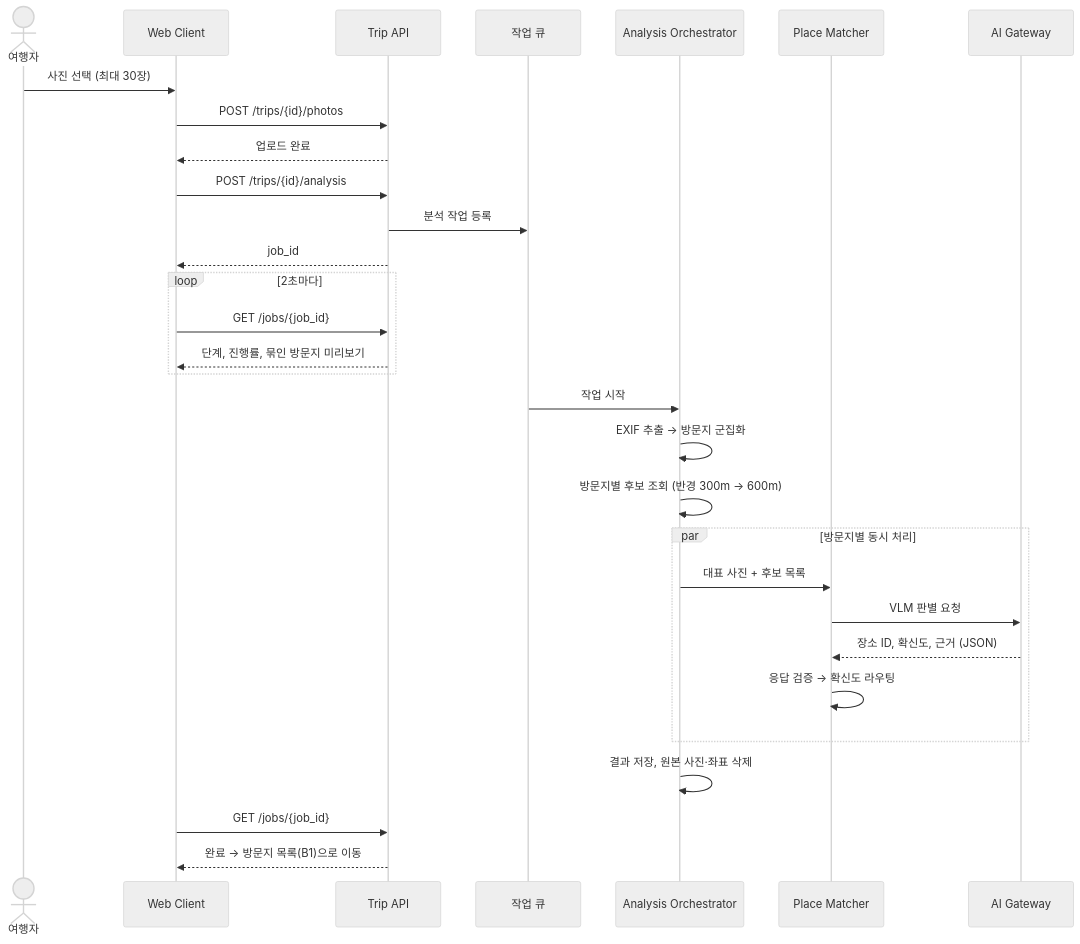
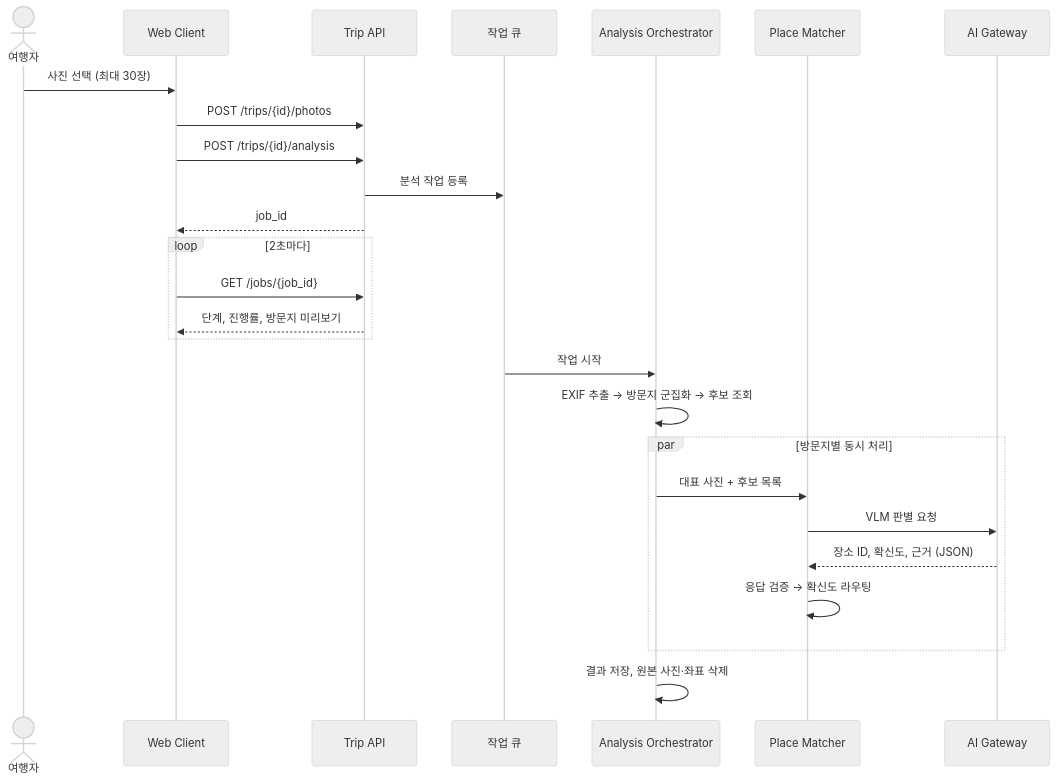
Before and after one commit to gokimkh123/SWEngineering-project-10: the second of 4 diagrams in docs/04-design/설계서_찰칵부산_v1.0.md, drawn with Mermaid (neutral theme). The commit also changed other lines of this file and 16 other files, not shown here.

````diff
--- a/docs/04-design/설계서_찰칵부산_v1.0.md
+++ b/docs/04-design/설계서_찰칵부산_v1.0.md
@@ -177,33 +111,29 @@
 ```mermaid
 sequenceDiagram
   actor U as 여행자
   participant W as Web Client
   participant API as Trip API
   participant Q as 작업 큐
   participant O as Analysis Orchestrator
   participant M as Place Matcher
   participant AI as AI Gateway
 
   U->>W: 사진 선택 (최대 30장)
   W->>API: POST /trips/{id}/photos
-  API-->>W: 업로드 완료
   W->>API: POST /trips/{id}/analysis
   API->>Q: 분석 작업 등록
   API-->>W: job_id
   loop 2초마다
     W->>API: GET /jobs/{job_id}
-    API-->>W: 단계, 진행률, 묶인 방문지 미리보기
+    API-->>W: 단계, 진행률, 방문지 미리보기
   end
   Q->>O: 작업 시작
-  O->>O: EXIF 추출 → 방문지 군집화
-  O->>O: 방문지별 후보 조회 (반경 300m → 600m)
+  O->>O: EXIF 추출 → 방문지 군집화 → 후보 조회
   par 방문지별 동시 처리
     O->>M: 대표 사진 + 후보 목록
     M->>AI: VLM 판별 요청
     AI-->>M: 장소 ID, 확신도, 근거 (JSON)
     M->>M: 응답 검증 → 확신도 라우팅
   end
   O->>O: 결과 저장, 원본 사진·좌표 삭제
-  W->>API: GET /jobs/{job_id}
-  API-->>W: 완료 → 방문지 목록(B1)으로 이동
 ```
````
